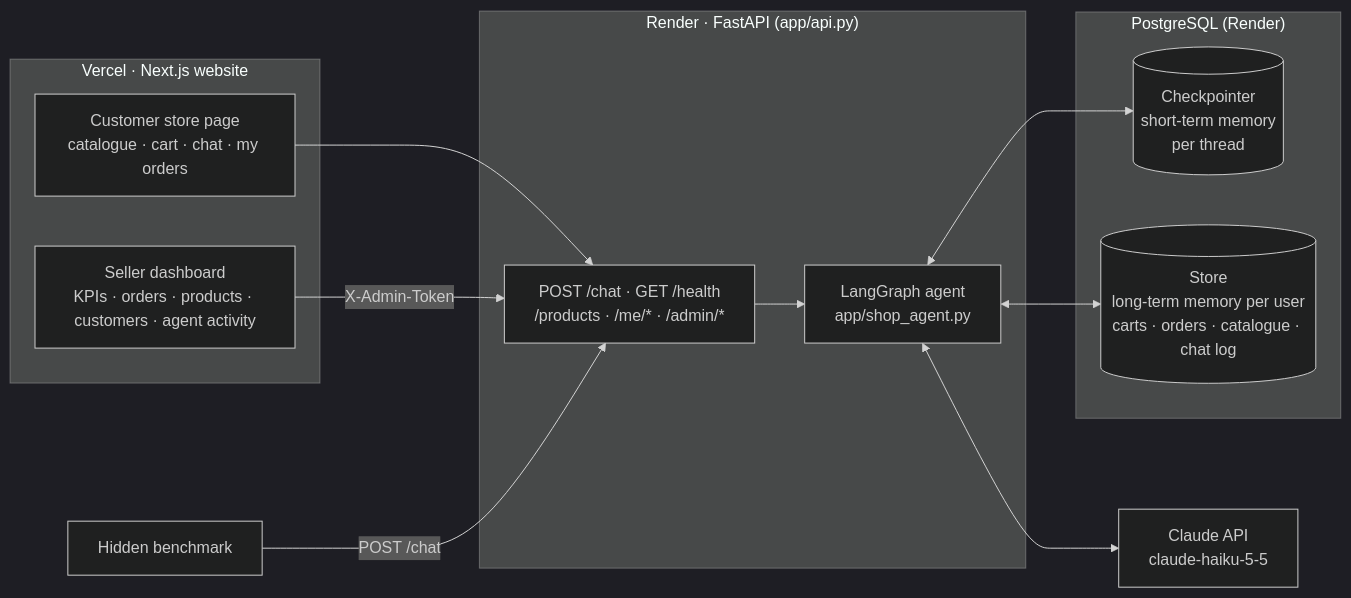
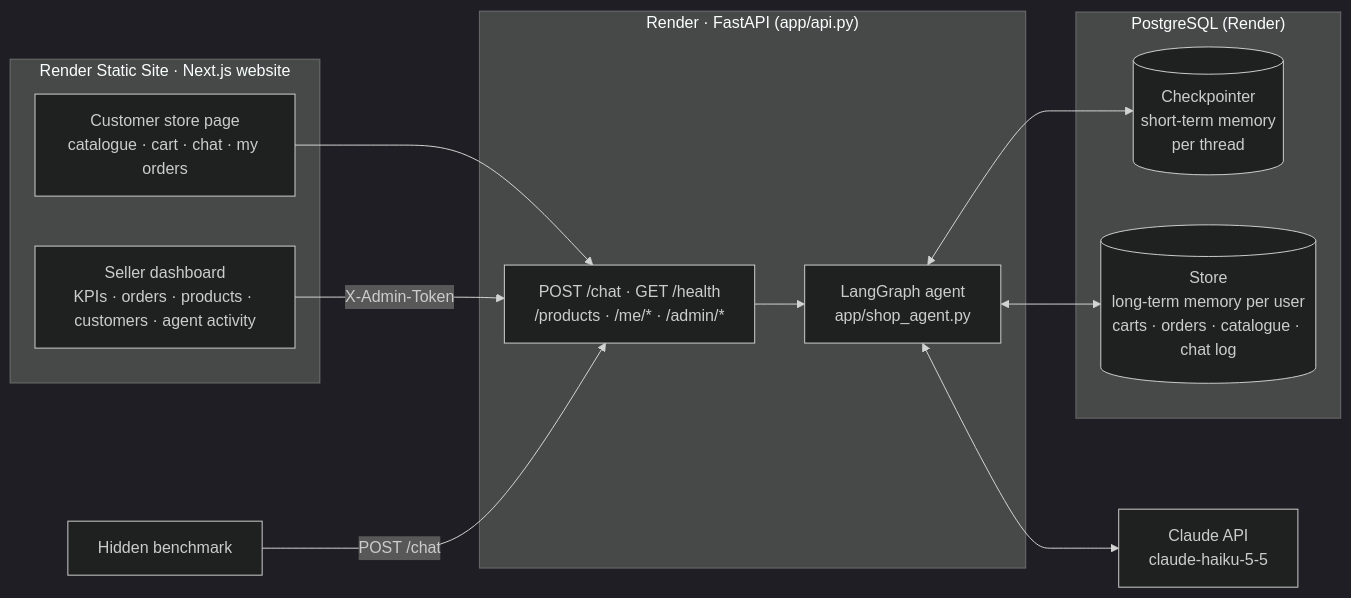
One commit to MuhammadHasan-04/shopbot changed the first of 2 diagrams in README.md. Above: the diagram before and after it, drawn with Mermaid (dark theme). The commit also changed other lines of this file and 8 other files, not shown here.

Commit message:
LangSmith tracing, Supabase/Postgres docs, Render website

````diff
--- a/README.md
+++ b/README.md
@@ -22,23 +22,23 @@
 ```mermaid
 flowchart LR
-  subgraph Vercel["Vercel · Next.js website"]
+  subgraph Web["Render Static Site · Next.js website"]
     SF["Customer store page<br/>catalogue · cart · chat · my orders"]
     AD["Seller dashboard<br/>KPIs · orders · products · customers · agent activity"]
   end
   subgraph Render["Render · FastAPI (app/api.py)"]
     API["POST /chat · GET /health<br/>/products · /me/* · /admin/*"]
     G["LangGraph agent<br/>app/shop_agent.py"]
   end
   subgraph PG["PostgreSQL (Render)"]
     CK[("Checkpointer<br/>short-term memory<br/>per thread")]
     ST[("Store<br/>long-term memory per user<br/>carts · orders · catalogue · chat log")]
   end
   CL["Claude API<br/>claude-haiku-5-5"]
   SF --> API
   AD -- X-Admin-Token --> API
   Grader["Hidden benchmark"] -- POST /chat --> API
   API --> G
   G <--> CL
   G <--> CK
   G <--> ST
 ```
````
